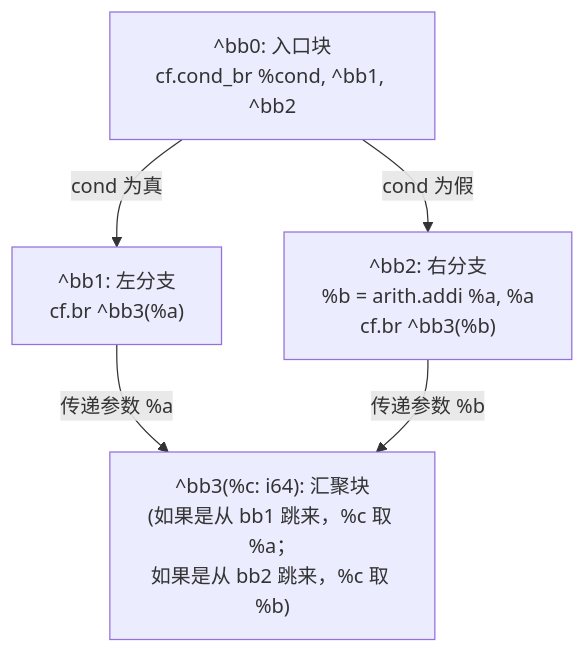
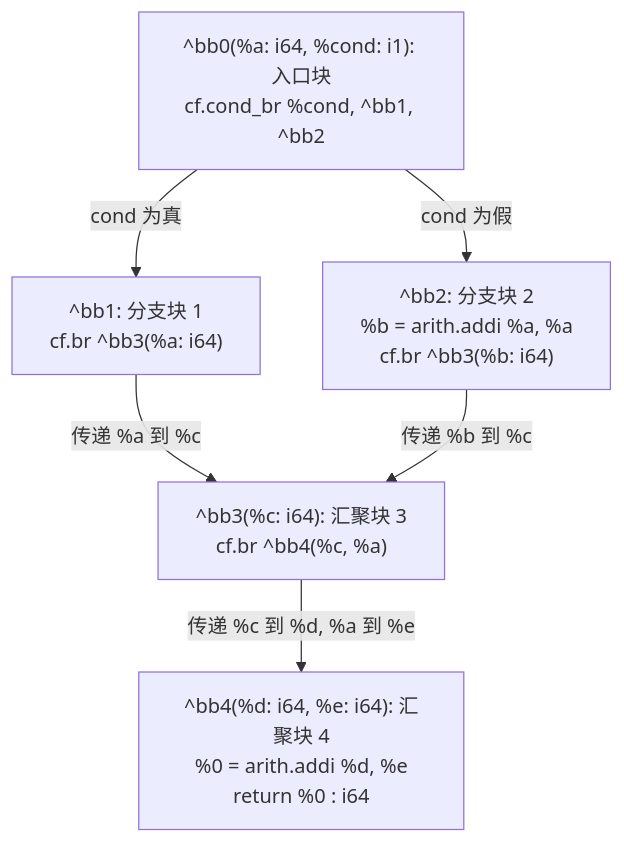
One commit to hqu-little-boy/blog changed the fourth of 7 diagrams in src/content/posts/mlir-dialect-system-and-conversion-infrastructure-guide.md. Above: the diagram before and after it, drawn with Mermaid. The commit also changed other lines of this file, not shown here.

````diff
--- a/src/content/posts/mlir-dialect-system-and-conversion-infrastructure-guide.md
+++ b/src/content/posts/mlir-dialect-system-and-conversion-infrastructure-guide.md
@@ -536,12 +637,14 @@
 ```mermaid
 flowchart TD
-    BB0["^bb0: 入口块<br/>cf.cond_br %cond, ^bb1, ^bb2"]
-    BB1["^bb1: 左分支<br/>cf.br ^bb3(%a)"]
-    BB2["^bb2: 右分支<br/>%b = arith.addi %a, %a<br/>cf.br ^bb3(%b)"]
-    BB3["^bb3(%c: i64): 汇聚块<br/>(如果是从 bb1 跳来，%c 取 %a；<br/>如果是从 bb2 跳来，%c 取 %b)"]
+    BB0["^bb0(%a: i64, %cond: i1): 入口块<br/>cf.cond_br %cond, ^bb1, ^bb2"]
+    BB1["^bb1: 分支块 1<br/>cf.br ^bb3(%a: i64)"]
+    BB2["^bb2: 分支块 2<br/>%b = arith.addi %a, %a<br/>cf.br ^bb3(%b: i64)"]
+    BB3["^bb3(%c: i64): 汇聚块 3<br/>cf.br ^bb4(%c, %a)"]
+    BB4["^bb4(%d: i64, %e: i64): 汇聚块 4<br/>%0 = arith.addi %d, %e<br/>return %0 : i64"]
 
     BB0 -->|cond 为真| BB1
     BB0 -->|cond 为假| BB2
-    BB1 -->|传递参数 %a| BB3
-    BB2 -->|传递参数 %b| BB3
+    BB1 -->|传递 %a 到 %c| BB3
+    BB2 -->|传递 %b 到 %c| BB3
+    BB3 -->|传递 %c 到 %d, %a 到 %e| BB4
 ```
````
